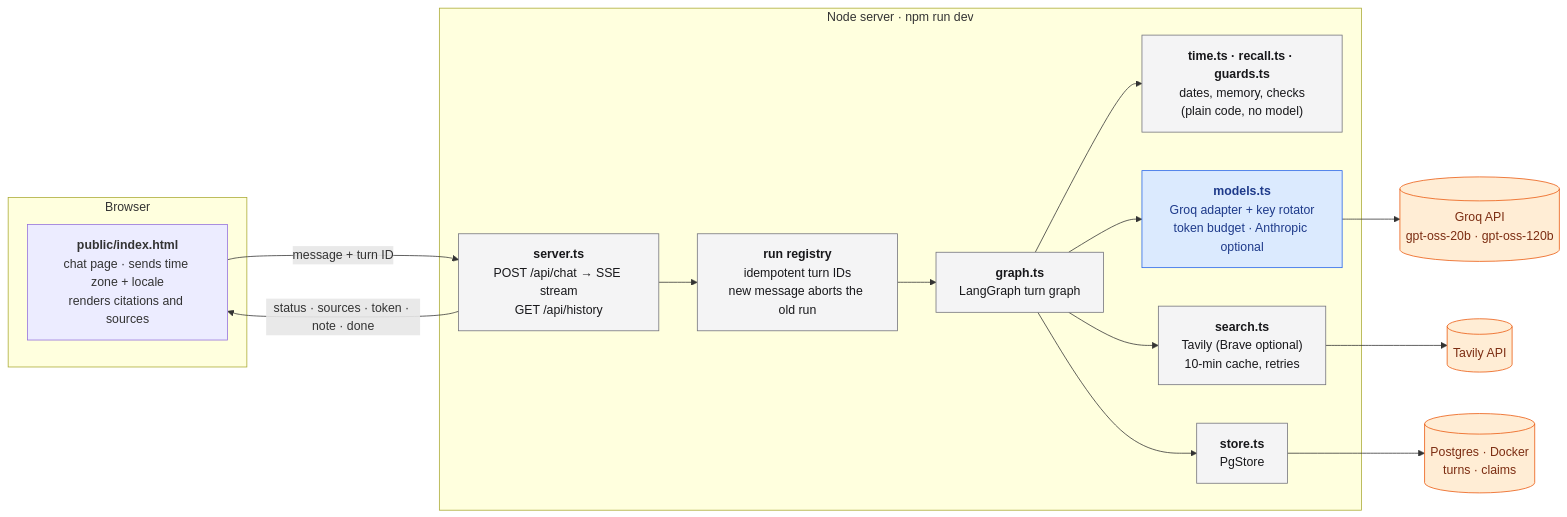
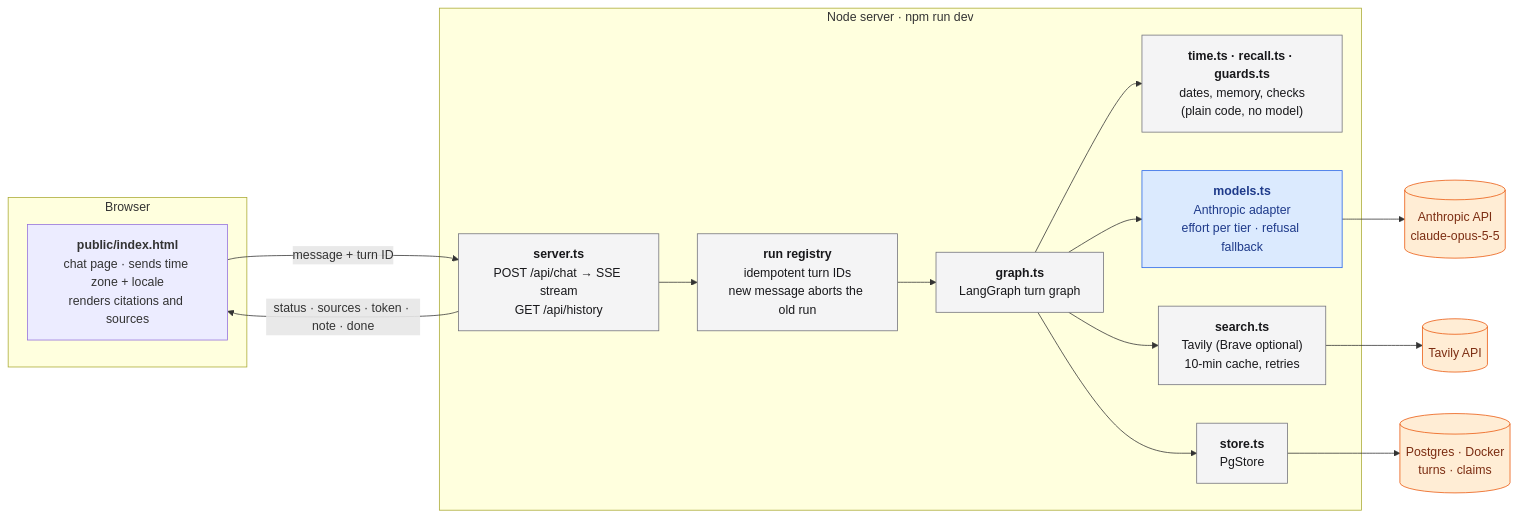
One commit to sreenivasivbieb/mimo changed the diagram in docs/architecture.mmd. Above: the diagram before and after it, drawn with Mermaid. The commit also changed 11 other files, not shown here.

```diff
--- a/docs/architecture.mmd
+++ b/docs/architecture.mmd
@@ -1,33 +1,33 @@
 flowchart LR
   subgraph browser["Browser"]
     ui["<b>public/index.html</b><br/>chat page · sends time zone + locale<br/>renders citations and sources"]
   end
 
   subgraph server["Node server · npm run dev"]
     http["<b>server.ts</b><br/>POST /api/chat → SSE stream<br/>GET /api/history"]
     runs["<b>run registry</b><br/>idempotent turn IDs<br/>new message aborts the old run"]
     turngraph["<b>graph.ts</b><br/>LangGraph turn graph"]
     logic["<b>time.ts · recall.ts · guards.ts</b><br/>dates, memory, checks<br/>(plain code, no model)"]
-    models["<b>models.ts</b><br/>Groq adapter + key rotator<br/>token budget · Anthropic optional"]
+    models["<b>models.ts</b><br/>Anthropic adapter<br/>effort per tier · refusal fallback"]
     search["<b>search.ts</b><br/>Tavily (Brave optional)<br/>10-min cache, retries"]
     store["<b>store.ts</b><br/>PgStore"]
   end
 
-  groq[("Groq API<br/>gpt-oss-20b · gpt-oss-120b")]
+  claude[("Anthropic API<br/>claude-opus-5-5")]
   tavily[("Tavily API")]
   pg[("Postgres · Docker<br/>turns · claims")]
 
   ui -- "message + turn ID" --> http
   http -- "status · sources · token · note · done" --> ui
   http --> runs --> turngraph
   turngraph --> logic
-  turngraph --> models --> groq
+  turngraph --> models --> claude
   turngraph --> search --> tavily
   turngraph --> store --> pg
 
   classDef code fill:#f4f4f5,stroke:#71717a,color:#18181b
   classDef model fill:#dbeafe,stroke:#2563eb,color:#1e3a8a
   classDef data fill:#ffedd5,stroke:#ea580c,color:#7c2d12
   class http,runs,turngraph,logic,search,store code
   class models model
-  class groq,tavily,pg data
+  class claude,tavily,pg data
```
